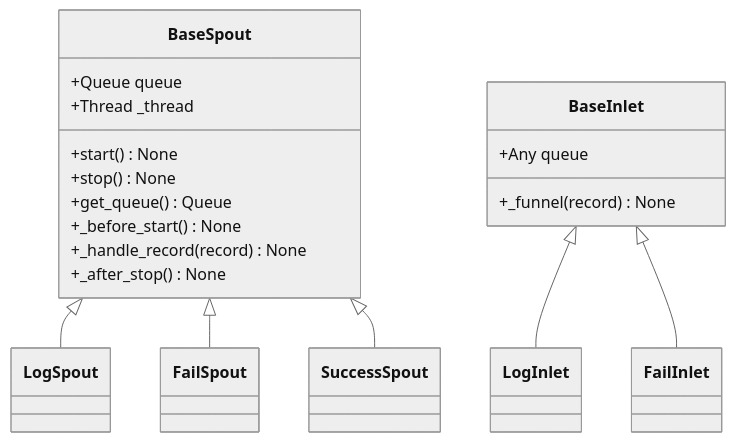
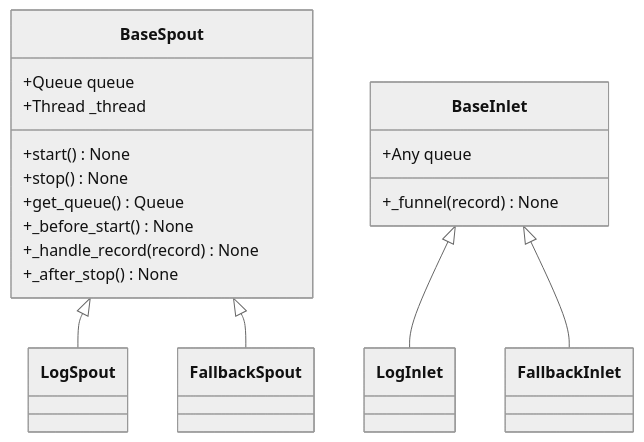
One commit to Mr-xiaotian/CelestialFlow changed the diagram in docs/zh-CN/src/funnel/__init__.md. Above: the diagram before and after it, drawn with Mermaid (neutral theme). The commit also changed other lines of this file and 71 other files, not shown here.

````diff
--- a/docs/zh-CN/src/funnel/__init__.md
+++ b/docs/zh-CN/src/funnel/__init__.md
@@ -30,33 +30,30 @@
 ```mermaid
 classDiagram
     class BaseSpout {
         +Queue queue
         +Thread _thread
         +start() None
         +stop() None
         +get_queue() Queue
         +_before_start() None
         +_handle_record(record) None
         +_after_stop() None
     }
     class BaseInlet {
         +Any queue
         +_funnel(record) None
     }
     class LogSpout {
     }
-    class FailSpout {
-    }
-    class SuccessSpout {
+    class FallbackSpout {
     }
     class LogInlet {
     }
-    class FailInlet {
+    class FallbackInlet {
     }
 
     BaseSpout <|-- LogSpout
-    BaseSpout <|-- FailSpout
-    BaseSpout <|-- SuccessSpout
+    BaseSpout <|-- FallbackSpout
     BaseInlet <|-- LogInlet
-    BaseInlet <|-- FailInlet
+    BaseInlet <|-- FallbackInlet
 ```
````
